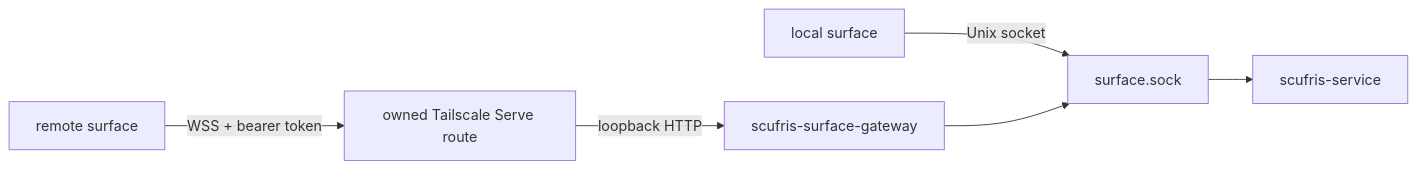
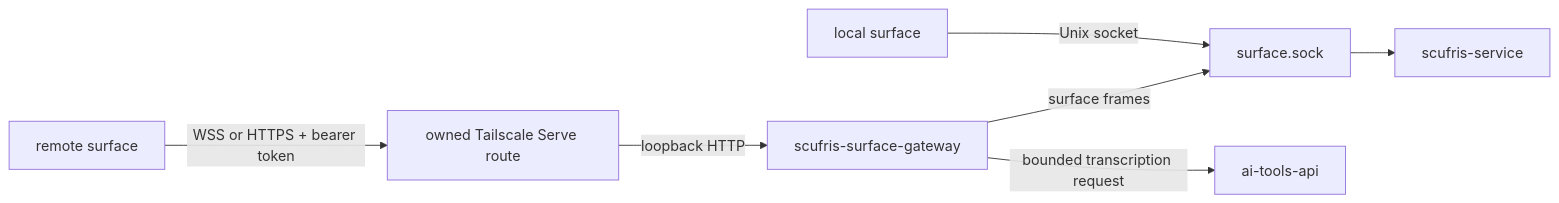
The fourth of 5 diagrams in docs/src/dev/architecture.md (alexjercan/scufris2), drawn with Mermaid before and after one commit. The commit also changed other lines of this file and 18 other files, not shown here.

````diff
--- a/docs/src/dev/architecture.md
+++ b/docs/src/dev/architecture.md
@@ -94,8 +94,9 @@
 ```mermaid
 flowchart LR
     Local[local surface] -->|Unix socket| Socket[surface.sock]
-    Remote[remote surface] -->|WSS + bearer token| Tailscale[owned Tailscale Serve route]
+    Remote[remote surface] -->|WSS or HTTPS + bearer token| Tailscale[owned Tailscale Serve route]
     Tailscale -->|loopback HTTP| Gateway[scufris-surface-gateway]
-    Gateway --> Socket
+    Gateway -->|surface frames| Socket[surface.sock]
     Socket --> Service[scufris-service]
+    Gateway -->|bounded transcription request| Inference[ai-tools-api]
 ```
````
